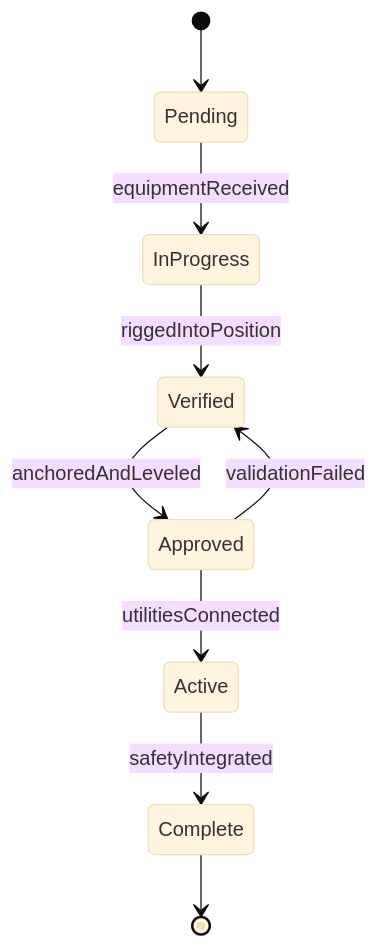
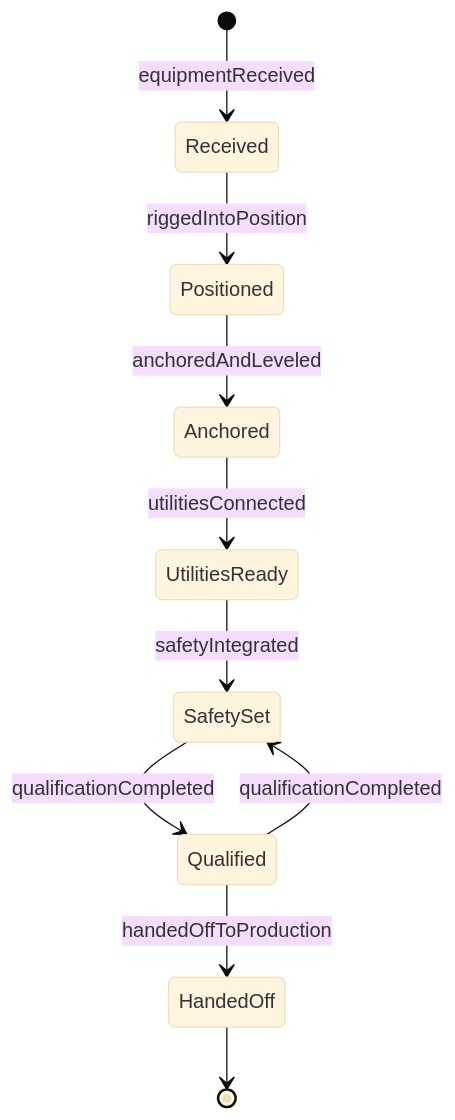
One commit to dot-org-ai/tasks.org.ai changed the second of 4 diagrams in HandlingAndMovingObjects/InstallCommercialOrProductionEquipment/InstallProductionEquipmentSystems.mdx. Above: the diagram before and after it, drawn with Mermaid (base theme). The commit also changed other lines of this file and 515 other files, not shown here.

````diff
--- a/HandlingAndMovingObjects/InstallCommercialOrProductionEquipment/InstallProductionEquipmentSystems.mdx
+++ b/HandlingAndMovingObjects/InstallCommercialOrProductionEquipment/InstallProductionEquipmentSystems.mdx
@@ -100,11 +101,12 @@
 ```mermaid
 stateDiagram-v2
-    [*] --> Pending
-    Pending --> InProgress : equipmentReceived
-    InProgress --> Verified : riggedIntoPosition
-    Verified --> Approved : anchoredAndLeveled
-    Approved --> Active : utilitiesConnected
-    Active --> Complete : safetyIntegrated
-    Approved --> Verified : validationFailed
-    Complete --> [*]
+    [*] --> Received : equipmentReceived
+    Received --> Positioned : riggedIntoPosition
+    Positioned --> Anchored : anchoredAndLeveled
+    Anchored --> UtilitiesReady : utilitiesConnected
+    UtilitiesReady --> SafetySet : safetyIntegrated
+    SafetySet --> Qualified : qualificationCompleted
+    Qualified --> SafetySet : qualificationCompleted
+    Qualified --> HandedOff : handedOffToProduction
+    HandedOff --> [*]
 ```
````
